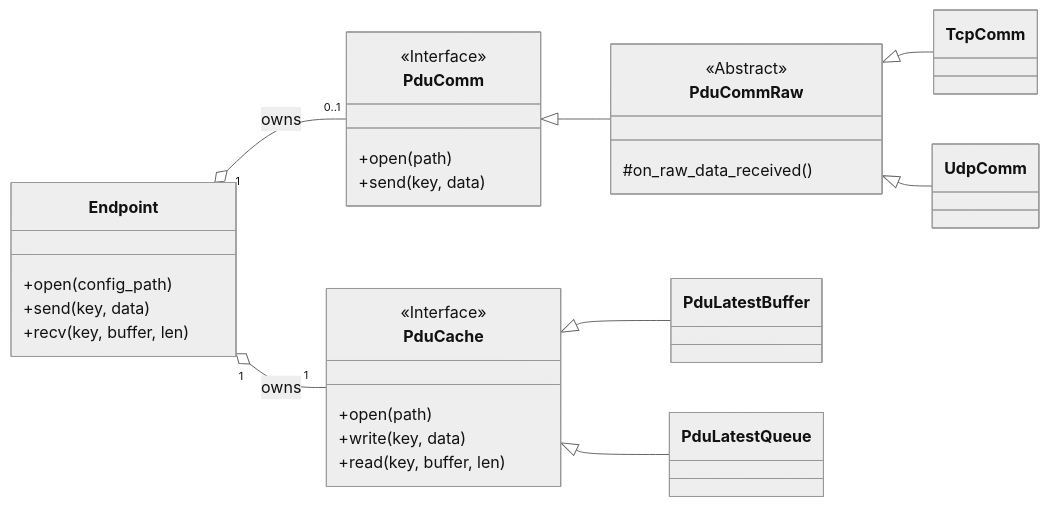
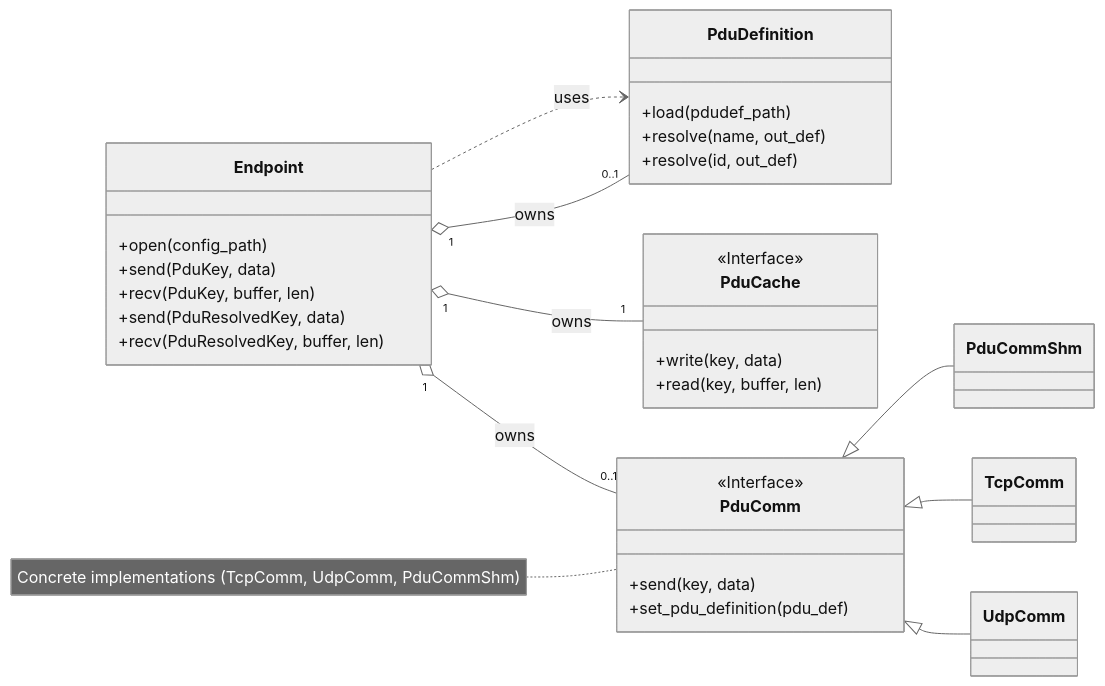
Before and after one commit to hakoniwalab/hakoniwa-pdu-endpoint: the diagram in README.md, drawn with Mermaid (neutral theme). The commit also changed other lines of this file and 16 other files, not shown here.

````diff
--- a/README.md
+++ b/README.md
@@ -270,149 +211,46 @@
 ```mermaid
-
-
-
 classDiagram
-
-
-
     direction LR
 
-
-
     class Endpoint {
-
-
-
         +open(config_path)
-
-
-
-        +send(key, data)
-
-
-
-        +recv(key, buffer, len)
-
-
-
+        +send(PduKey, data)
+        +recv(PduKey, buffer, len)
+        +send(PduResolvedKey, data)
+        +recv(PduResolvedKey, buffer, len)
     }
 
-
+    class PduDefinition {
+        +load(pdudef_path)
+        +resolve(name, out_def)
+        +resolve(id, out_def)
+    }
 
     class PduCache {
-
-
-
         <<Interface>>
-
-
-
-        +open(path)
-
-
-
         +write(key, data)
-
-
-
         +read(key, buffer, len)
-
-
-
     }
 
-
-
     class PduComm {
-
-
-
         <<Interface>>
-
-
-
-        +open(path)
-
-
-
         +send(key, data)
-
-
-
+        +set_pdu_definition(pdu_def)
     }
 
-
-
-    class PduCommRaw {
-
-
-
-        <<Abstract>>
-
-
-
-        #on_raw_data_received()
-
-
-
-    }
-
-
-
-    class PduLatestBuffer
-
-
-
-    class PduLatestQueue
-
-
-
+    class PduCommShm
     class TcpComm
-
-
-
     class UdpComm
 
+    Endpoint "1" o-- "0..1" PduDefinition : owns
+    Endpoint "1" o-- "1" PduCache : owns
+    Endpoint "1" o-- "0..1" PduComm : owns
+    Endpoint ..> PduDefinition : uses
 
-
-
-
-
-
-    Endpoint "1" o-- "1" PduCache : owns
-
-
-
-    Endpoint "1" o-- "0..1" PduComm : owns
-
-
-
-
-
-
-
-    PduCache <|-- PduLatestBuffer
-
-
-
-    PduCache <|-- PduLatestQueue
-
-
-
-
-
-
-
-    PduComm <|-- PduCommRaw
-
-
-
-    PduCommRaw <|-- TcpComm
-
-
-
-    PduCommRaw <|-- UdpComm
-
-
+    PduComm <|-- PduCommShm
+    PduComm <|-- TcpComm
+    PduComm <|-- UdpComm
+    
+    note for PduComm "Concrete implementations (TcpComm, UdpComm, PduCommShm)"
 
 ```
````
